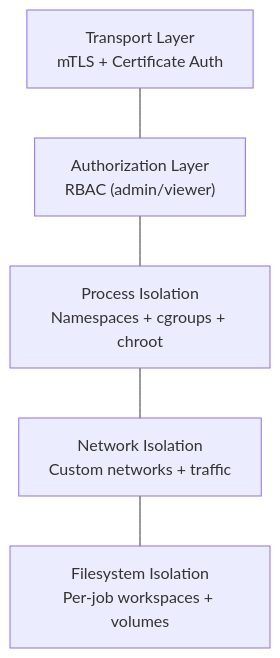
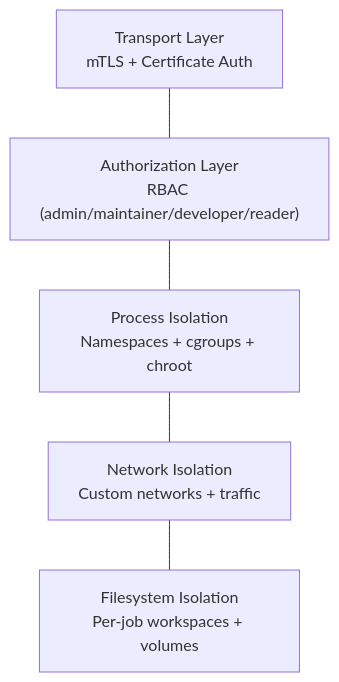
One commit to ehsaniara/joblet changed the first of 3 diagrams in docs/SECURITY.md. Above: the diagram before and after it, drawn with Mermaid. The commit also changed other lines of this file and 77 other files, not shown here.

````diff
--- a/docs/SECURITY.md
+++ b/docs/SECURITY.md
@@ -22,9 +22,9 @@
 ```mermaid
 flowchart TD
     N1["Transport Layer<br/>mTLS + Certificate Auth"]
-    N2["Authorization Layer<br/>RBAC (admin/viewer)"]
+    N2["Authorization Layer<br/>RBAC (admin/maintainer/developer/reader)"]
     N3["Process Isolation<br/>Namespaces + cgroups + chroot"]
     N4["Network Isolation<br/>Custom networks + traffic"]
     N5["Filesystem Isolation<br/>Per-job workspaces + volumes"]
     N1 --- N2 --- N3 --- N4 --- N5
 ```
````
